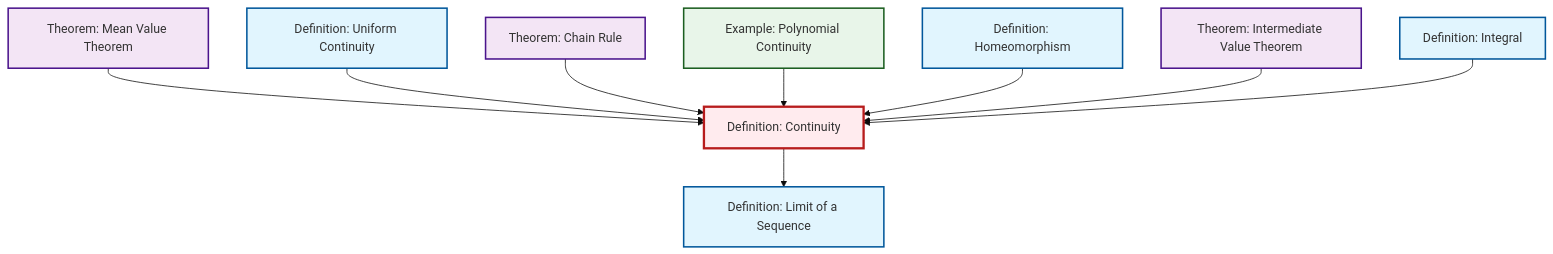
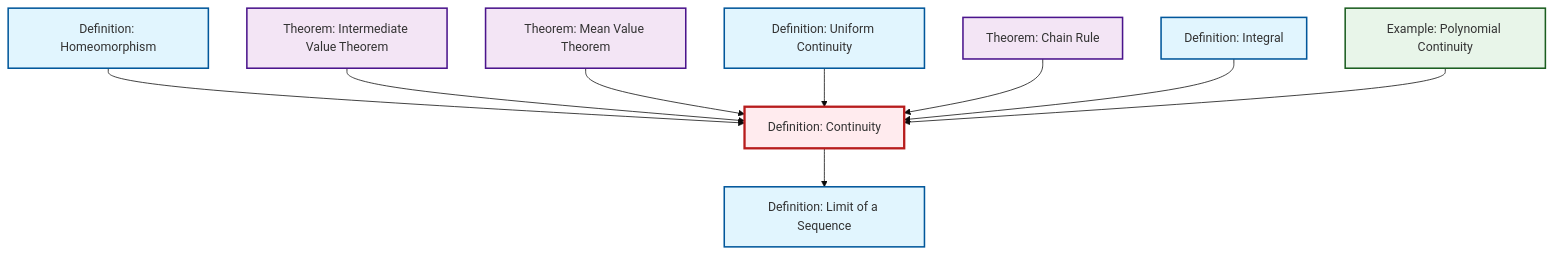
Before and after one commit to RK0429/ModernMath: the diagram in content/ja/analysis/def-continuity.qmd, drawn with Mermaid (base theme). The commit also changed other lines of this file and 491 other files, not shown here.

First line of the commit message:
feat: Add Central Limit Theorem article with comprehensive cross-references

````diff
--- a/content/ja/analysis/def-continuity.qmd
+++ b/content/ja/analysis/def-continuity.qmd
@@ -58,35 +58,35 @@
 ```{mermaid}
 %%| fig-cap: "Local dependency graph"
 graph TD
     classDef definition fill:#e1f5fe,stroke:#01579b,stroke-width:2px
     classDef theorem fill:#f3e5f5,stroke:#4a148c,stroke-width:2px
     classDef axiom fill:#fff3e0,stroke:#e65100,stroke-width:2px
     classDef example fill:#e8f5e9,stroke:#1b5e20,stroke-width:2px
     classDef current fill:#ffebee,stroke:#b71c1c,stroke-width:3px
+    thm-intermediate-value["Theorem: Intermediate Value Theorem"]:::theorem
+    thm-chain-rule["Theorem: Chain Rule"]:::theorem
+    def-continuity["Definition: Continuity"]:::definition
+    def-limit["Definition: Limit of a Sequence"]:::definition
+    def-uniform-continuity["Definition: Uniform Continuity"]:::definition
+    def-homeomorphism["Definition: Homeomorphism"]:::definition
+    ex-polynomial-continuity["Example: Polynomial Continuity"]:::example
     thm-mean-value["Theorem: Mean Value Theorem"]:::theorem
     def-integral["Definition: Integral"]:::definition
-    thm-intermediate-value["Theorem: Intermediate Value Theorem"]:::theorem
-    def-continuity["Definition: Continuity"]:::definition
-    thm-chain-rule["Theorem: Chain Rule"]:::theorem
-    def-limit["Definition: Limit of a Sequence"]:::definition
-    def-homeomorphism["Definition: Homeomorphism"]:::definition
-    def-uniform-continuity["Definition: Uniform Continuity"]:::definition
-    ex-polynomial-continuity["Example: Polynomial Continuity"]:::example
+    def-continuity --> def-limit
+    def-homeomorphism --> def-continuity
+    thm-intermediate-value --> def-continuity
     thm-mean-value --> def-continuity
     def-uniform-continuity --> def-continuity
     thm-chain-rule --> def-continuity
+    def-integral --> def-continuity
     ex-polynomial-continuity --> def-continuity
-    def-homeomorphism --> def-continuity
-    def-continuity --> def-limit
-    thm-intermediate-value --> def-continuity
-    def-integral --> def-continuity
     class def-continuity current
-    click thm-mean-value "thm-mean-value.html" "Theorem: Mean Value Theoremへ"
-    click def-integral "def-integral.html" "Definition: Integralへ"
     click thm-intermediate-value "thm-intermediate-value.html" "Theorem: Intermediate Value Theoremへ"
     click thm-chain-rule "thm-chain-rule.html" "Theorem: Chain Ruleへ"
     click def-limit "def-limit.html" "Definition: Limit of a Sequenceへ"
+    click def-uniform-continuity "def-uniform-continuity.html" "Definition: Uniform Continuityへ"
     click def-homeomorphism "def-homeomorphism.html" "Definition: Homeomorphismへ"
-    click def-uniform-continuity "def-uniform-continuity.html" "Definition: Uniform Continuityへ"
     click ex-polynomial-continuity "ex-polynomial-continuity.html" "Example: Polynomial Continuityへ"
+    click thm-mean-value "thm-mean-value.html" "Theorem: Mean Value Theoremへ"
+    click def-integral "def-integral.html" "Definition: Integralへ"
 ```
````
